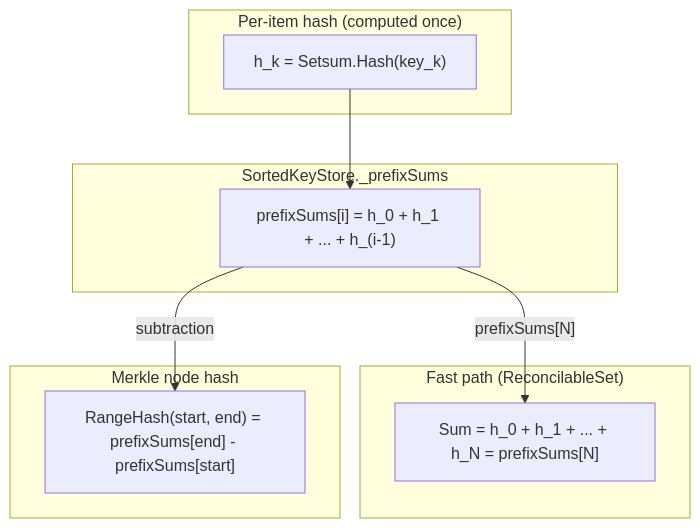
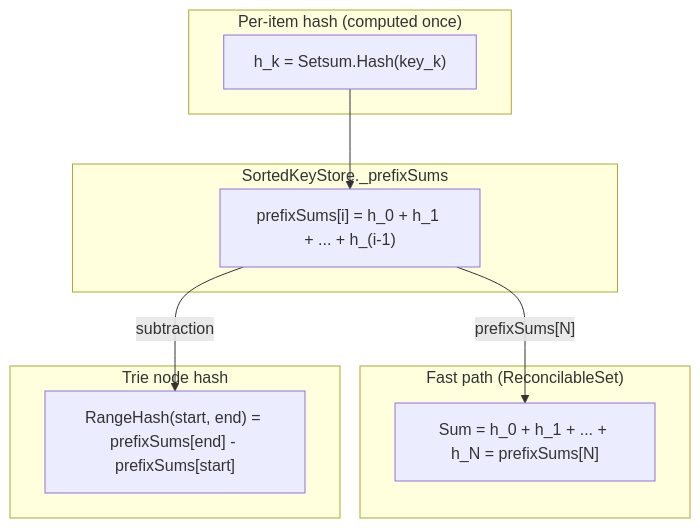
One commit to arj03/setsum-cs changed the sixth of 7 diagrams in SetSum/Sync/README.md. Above: the diagram before and after it, drawn with Mermaid. The commit also changed other lines of this file and 5 other files, not shown here.

````diff
--- a/SetSum/Sync/README.md
+++ b/SetSum/Sync/README.md
@@ -172,22 +172,22 @@
 ```mermaid
 graph TD
     subgraph "Per-item hash (computed once)"
         HK["h_k = Setsum.Hash(key_k)"]
     end
 
     subgraph "SortedKeyStore._prefixSums"
         PS["prefixSums[i] = h_0 + h_1 + ... + h_(i-1)"]
     end
 
     subgraph "Fast path (ReconcilableSet)"
         GS["Sum = h_0 + h_1 + ... + h_N = prefixSums[N]"]
     end
 
-    subgraph "Merkle node hash"
+    subgraph "Trie node hash"
         MN["RangeHash(start, end) = prefixSums[end] - prefixSums[start]"]
     end
 
     HK --> PS
     PS -->|"prefixSums[N]"| GS
     PS -->|"subtraction"| MN
 ```
````
